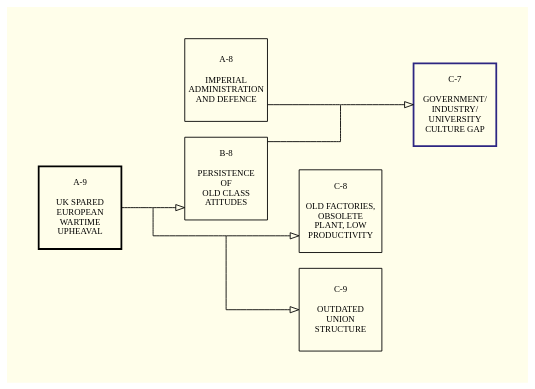
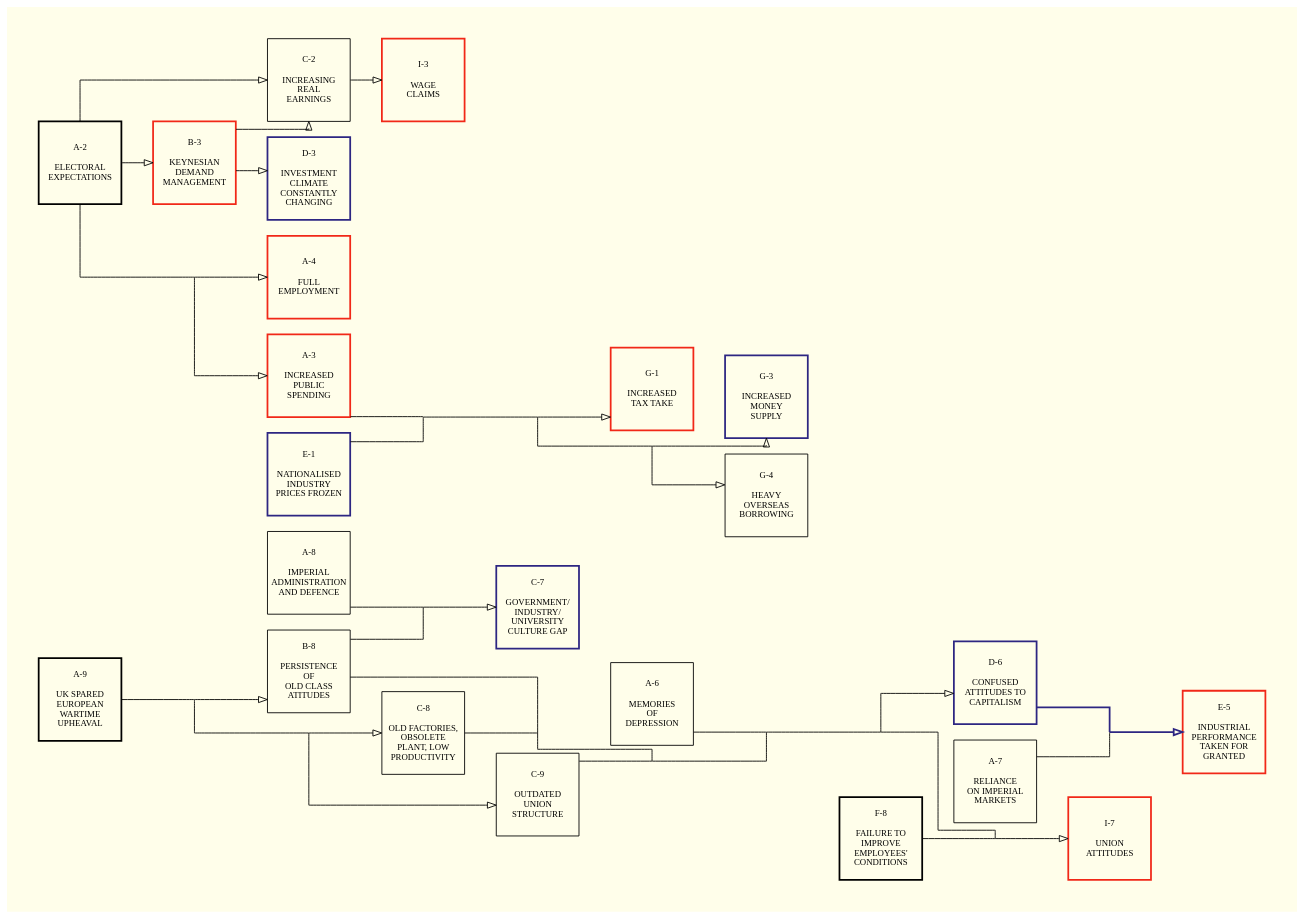
Before and after one commit to jtewright/wiring_diagram: the diagram in wiring_diagram.gv, drawn with Graphviz.

Commit message:
22 nodes

```diff
--- a/wiring_diagram.gv
+++ b/wiring_diagram.gv
@@ -1,46 +1,89 @@
 # http://www.graphviz.org/content/cluster
 
 digraph wiring_diagram {
     pad=0.5
     bgcolor= "#FFFEEA"
     rankdir=LR
     splines=ortho
     concentrate=true
     
     node [
       shape=square
       color=black
       fontname=Futura
       fontsize=10
       margin=.1
       width=1.3
       height=1.3
       fixedsize=true
     ]
     edge [
       arrowhead=empty
     ]
     
     # Edges
-    "A-8" -> i [dir=none]
-    i -> "C-7"
-    "B-8" -> i [dir=none]
-    i -> "C-7"
-    "A-9" -> i2 [dir=none]
-    i2 -> "B-8"
-    i2 -> i3 [dir=none]
-    i3 -> "C-8"
-    i3 -> "C-9"
+    "A-8" -> x [dir=none]
+    x -> "C-7"
+    "B-8" -> x [dir=none]
+    x -> "C-7"
+    "A-9" -> x2 [dir=none]
+    x2 -> "B-8"
+    x2 -> x3 [dir=none]
+    x3 -> "C-8"
+    x3 -> "C-9"
+    "A-7" -> x4 [dir=none]
+    "D-6" -> x4 [dir=none, color="#2D2682", style="bold"]
+    x4 -> "E-5" [color="#2D2682", style="bold"]
+    "B-8" -> x5 [dir=none]
+    "C-8" -> x5 [dir=none]
+    x5 -> x6 [dir=none]
+    "C-9" -> x6 [dir=none]
+    "A-6" -> x7 [dir=none]
+    x6 -> x7 [dir=none]
+    x7 -> x8 [dir=none]
+    x8 -> "D-6"
+    "F-8" -> x9 [dir=none]
+    x8 -> x9 [dir=none]
+    x9 -> "I-7"
+    "C-2" -> "I-3"
+    "A-2" -> x10 [dir=none]
+    x10 -> "A-3"
+    x10 -> "A-4"
+    "A-2" -> "B-3"
+    "B-3" -> "C-2"
+    "A-2" -> "C-2"
+    "A-3" -> x11 [dir=none]
+    "E-1" -> x11 [dir=none]
+    x11 -> x12 [dir=none]
+    x12 -> "G-1"
+    x12 -> x13 [dir=none]
+    x13 -> "G-3"
+    x13 -> "G-4"
+    "B-3" -> "D-3"
     
     # Nodes
+    x, x2, x3, x4, x5, x6, x7, x8, x9, x10, x11, x12, x13 [dir=none, shape=point, style=invis, width=0, height=0, margin=0]
+    "A-2" [label="A-2\n\nELECTORAL\nEXPECTATIONS", style="bold"]
+    "A-3" [label="A-3\n\nINCREASED\nPUBLIC\nSPENDING", color="#F12818", style="bold"]
+    "A-4" [label="A-4\n\nFULL\nEMPLOYMENT", color="#F12818", style="bold"]
+    "A-6" [label="A-6\n\nMEMORIES\nOF\nDEPRESSION"]
+    "A-7" [label="A-7\n\nRELIANCE\nON IMPERIAL\nMARKETS"]
     "A-8" [label="A-8\n\nIMPERIAL\nADMINISTRATION\nAND DEFENCE"]
     "A-9" [label="A-9\n\nUK SPARED\nEUROPEAN\nWARTIME\nUPHEAVAL", style="bold"]
+    "B-3" [label="B-3\n\nKEYNESIAN\nDEMAND\nMANAGEMENT", color="#F12818", style="bold"]
     "B-8" [label="B-8\n\nPERSISTENCE\nOF\nOLD CLASS\nATITUDES"]
+    "C-2" [label="C-2\n\nINCREASING\nREAL\nEARNINGS"]
     "C-7" [label="C-7\n\nGOVERNMENT/\nINDUSTRY/\nUNIVERSITY\nCULTURE GAP", color="#2D2682", style="bold"]
     "C-8" [label="C-8\n\nOLD FACTORIES,\nOBSOLETE\nPLANT, LOW\nPRODUCTIVITY"]
     "C-9" [label="C-9\n\nOUTDATED\nUNION\nSTRUCTURE"]
-    i [shape=point, style=invis, width=0, height=0, margin=0]
-    i2 [shape=point, style=invis, width=0, height=0, margin=0]
-    i3 [shape=point, style=invis, width=0, height=0, margin=0]
-
+    "D-3" [label="D-3\n\nINVESTMENT\nCLIMATE\nCONSTANTLY\nCHANGING", color="#2D2682", style="bold"]
+    "D-6" [label="D-6\n\nCONFUSED\nATTITUDES TO\nCAPITALISM", color="#2D2682", style="bold"]
+    "E-1" [label="E-1\n\nNATIONALISED\nINDUSTRY\nPRICES FROZEN", color="#2D2682", style="bold"]
+    "E-5" [label="E-5\n\nINDUSTRIAL\nPERFORMANCE\nTAKEN FOR\nGRANTED", color="#F12818", style="bold"]
+    "F-8" [label="F-8\n\nFAILURE TO\nIMPROVE\nEMPLOYEES'\nCONDITIONS", style="bold"]
+    "G-1" [label="G-1\n\nINCREASED\nTAX TAKE", color="#F12818", style="bold"]
+    "G-3" [label="G-3\n\nINCREASED\nMONEY\nSUPPLY", color="#2D2682", style="bold"]
+    "G-4" [label="G-4\n\nHEAVY\nOVERSEAS\nBORROWING"]
+    "I-3" [label="I-3\n\nWAGE\nCLAIMS", color="#F12818", style="bold"]
+    "I-7" [label="I-7\n\nUNION\nATTITUDES", color="#F12818", style="bold"]
 }
```
